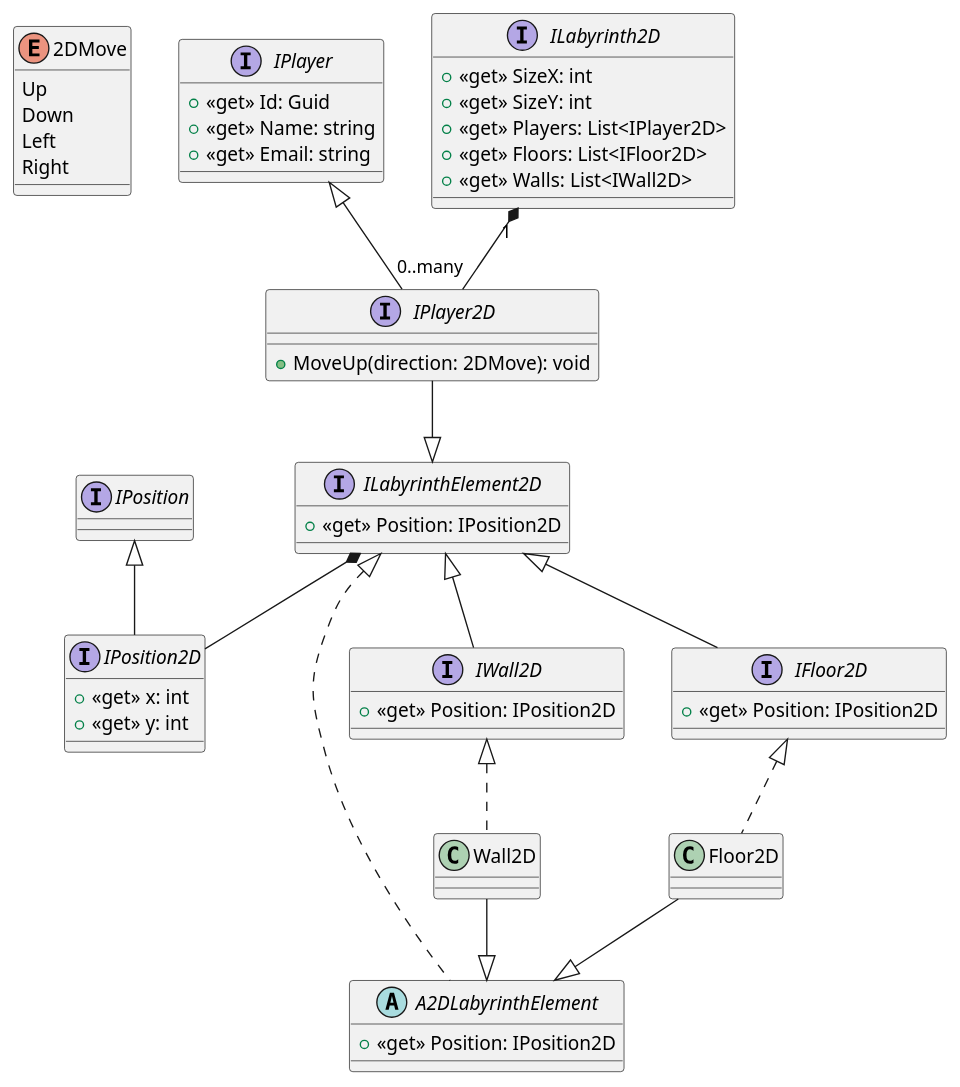
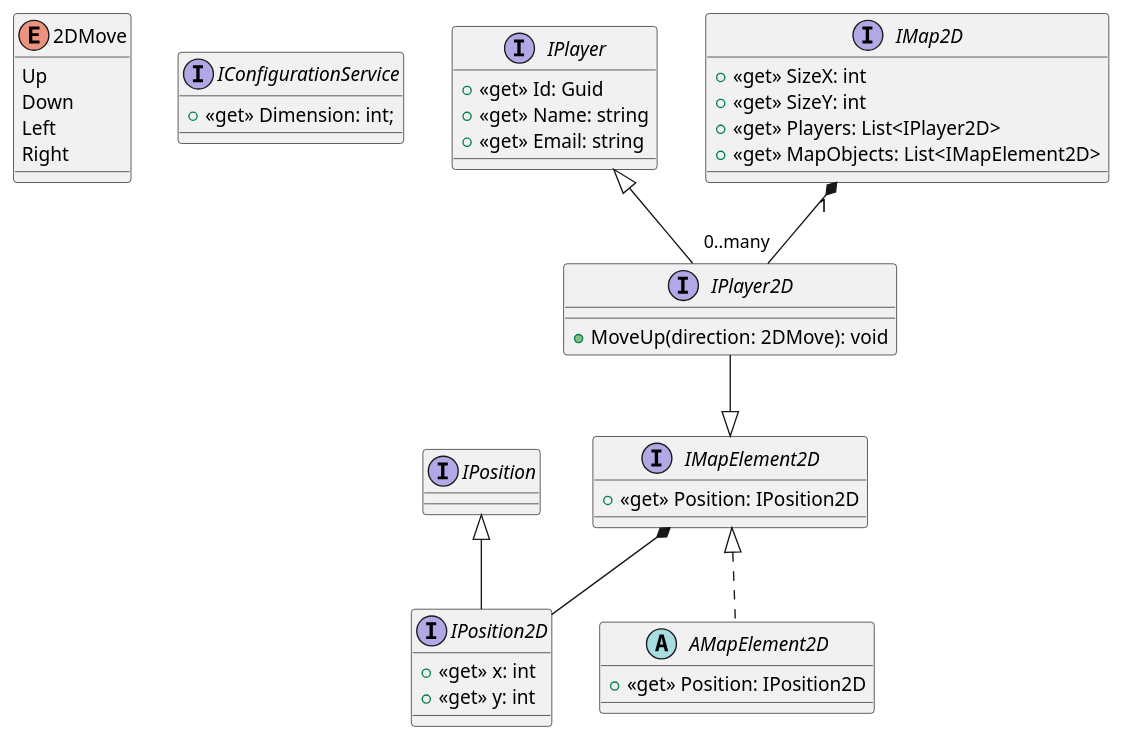
One commit to joshika39/elte-studies changed the diagram in semester_III/EVA/gyak/Labirinth/Documentation/Architecture.puml. Above: the diagram before and after it, drawn with PlantUML. The commit also changed 15 other files, not shown here.

```diff
--- a/semester_III/EVA/gyak/Labirinth/Documentation/Architecture.puml
+++ b/semester_III/EVA/gyak/Labirinth/Documentation/Architecture.puml
@@ -1,68 +1,56 @@
 @startuml class-architecture
 
 skinparam groupInheritance 4
 
 enum 2DMove {
     Up
     Down
     Left
     Right
+}
+
+interface IConfigurationService {
+    + <<get>> Dimension: int;
 }
 
 interface IPosition {
 
 }
 
 interface IPosition2D extends IPosition {
     + <<get>> x: int
     + <<get>> y: int
 }
 
 interface IPlayer {
     + <<get>> Id: Guid
     + <<get>> Name: string
     + <<get>> Email: string
 }
 
 interface IPlayer2D extends IPlayer {
     + MoveUp(direction: 2DMove): void
 }
 
-interface ILabyrinth2D {
+interface IMap2D {
     + <<get>> SizeX: int
     + <<get>> SizeY: int 
     + <<get>> Players: List<IPlayer2D>
-    + <<get>> Floors: List<IFloor2D>
-    + <<get>> Walls: List<IWall2D>
+    + <<get>> MapObjects: List<IMapElement2D>
 }
 
-interface ILabyrinthElement2D {
+interface IMapElement2D {
     + <<get>> Position: IPosition2D 
 }
 
 
-abstract A2DLabyrinthElement implements ILabyrinthElement2D {
+abstract AMapElement2D implements IMapElement2D {
     + <<get>> Position: IPosition2D 
 }
 
-interface IWall2D extends ILabyrinthElement2D {
-    + <<get>> Position: IPosition2D 
-}
 
-interface IFloor2D extends ILabyrinthElement2D {
-    + <<get>> Position: IPosition2D 
-}
-
-class Wall2D implements IWall2D {
-}
-
-class Floor2D implements IFloor2D {
-}
-
-ILabyrinthElement2D *-- IPosition2D
-IPlayer2D --|> ILabyrinthElement2D
-Wall2D --|> A2DLabyrinthElement
-Floor2D --|> A2DLabyrinthElement
-ILabyrinth2D "1" *-- "0..many" IPlayer2D
+IMapElement2D *-- IPosition2D
+IPlayer2D --|> IMapElement2D
+IMap2D "1" *-- "0..many" IPlayer2D
 
 @enduml
```
